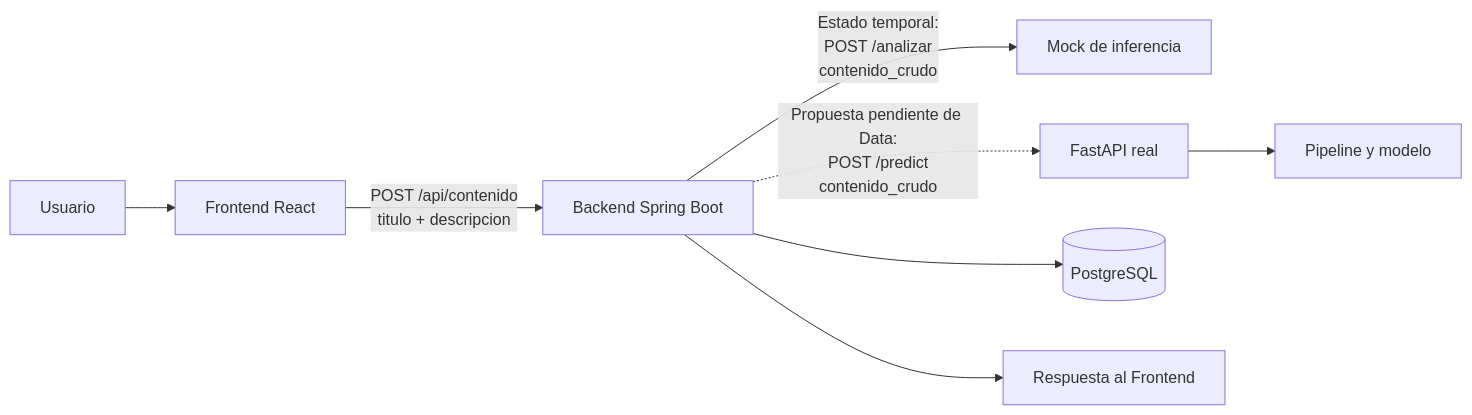
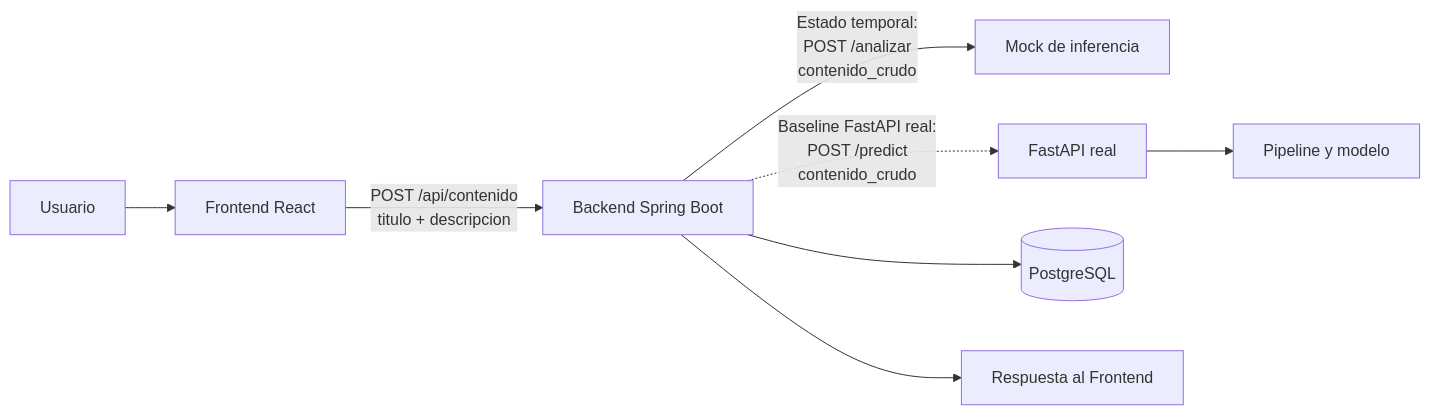
Before and after one commit to No-Country-simulation/G9-LATAM-Team-61: the diagram in docs/architecture.md, drawn with Mermaid. The commit also changed other lines of this file and 3 other files, not shown here.

Commit message:
docs: confirmar contrato base de FastAPI

````diff
--- a/docs/architecture.md
+++ b/docs/architecture.md
@@ -26,10 +26,10 @@
 ```mermaid
 flowchart LR
     U["Usuario"] --> F["Frontend React"]
     F -->|"POST /api/contenido<br/>titulo + descripcion"| B["Backend Spring Boot"]
     B -->|"Estado temporal:<br/>POST /analizar<br/>contenido_crudo"| T["Mock de inferencia"]
-    B -.->|"Propuesta pendiente de Data:<br/>POST /predict<br/>contenido_crudo"| I["FastAPI real"]
+    B -.->|"Baseline FastAPI real:<br/>POST /predict<br/>contenido_crudo"| I["FastAPI real"]
     I --> M["Pipeline y modelo"]
     B --> D[("PostgreSQL")]
     B --> R["Respuesta al Frontend"]
 ```
````
